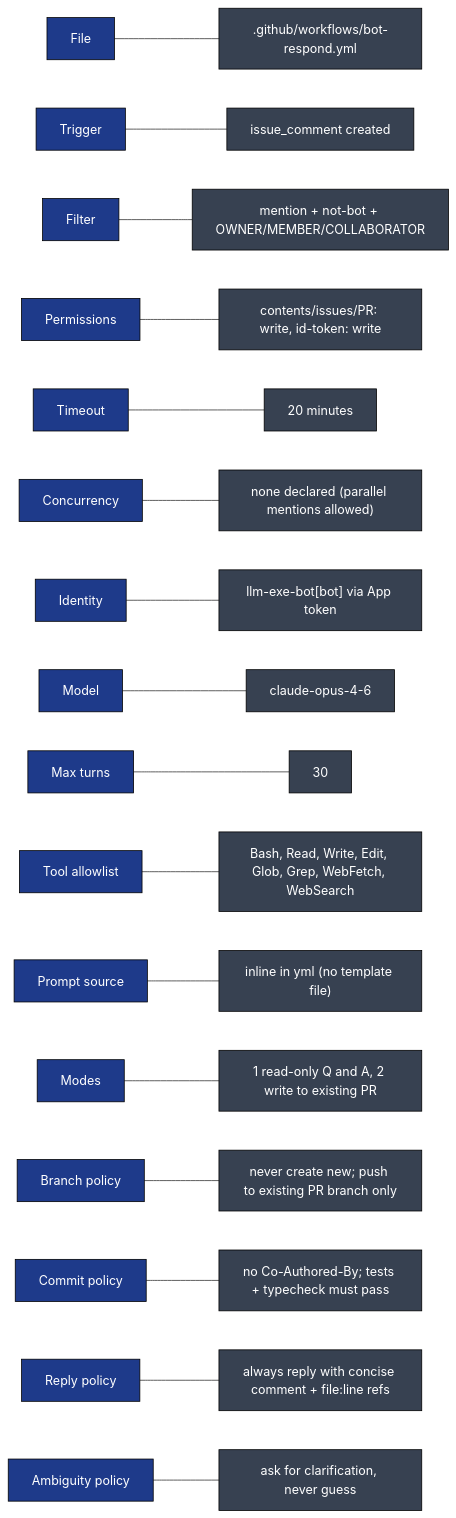
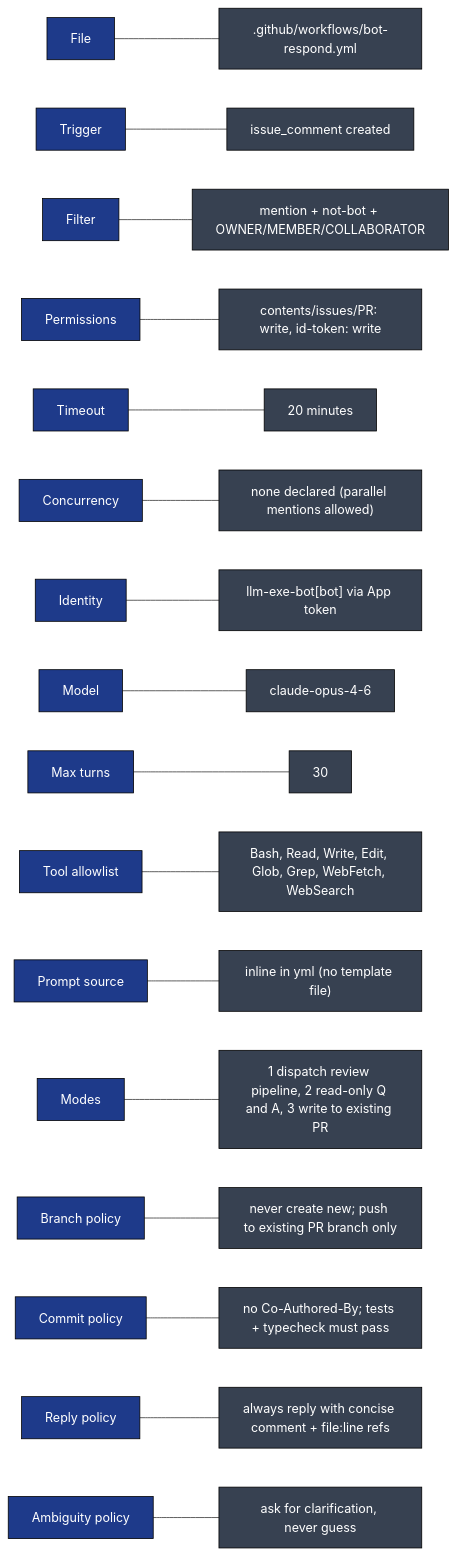
Before and after one commit to gregreindel/llm-exe: diagram 13 of 13 in .github/docs/BOT_RESPOND_DEEP_DIVE.md, drawn with Mermaid. The commit also changed other lines of this file and 4 other files, not shown here.

````diff
--- a/.github/docs/BOT_RESPOND_DEEP_DIVE.md
+++ b/.github/docs/BOT_RESPOND_DEEP_DIVE.md
@@ -551,22 +573,22 @@
 ```mermaid
 flowchart LR
     classDef k fill:#1e3a8a,color:#fff,stroke:#000
     classDef v fill:#374151,color:#fff,stroke:#000
 
     K1["File"]:::k --- V1[".github/workflows/bot-respond.yml"]:::v
     K2["Trigger"]:::k --- V2["issue_comment created"]:::v
     K3["Filter"]:::k --- V3["mention + not-bot + OWNER/MEMBER/COLLABORATOR"]:::v
     K4["Permissions"]:::k --- V4["contents/issues/PR: write, id-token: write"]:::v
     K5["Timeout"]:::k --- V5["20 minutes"]:::v
     K6["Concurrency"]:::k --- V6["none declared (parallel mentions allowed)"]:::v
     K7["Identity"]:::k --- V7["llm-exe-bot[bot] via App token"]:::v
     K8["Model"]:::k --- V8["claude-opus-4-6"]:::v
     K9["Max turns"]:::k --- V9["30"]:::v
     K10["Tool allowlist"]:::k --- V10["Bash, Read, Write, Edit, Glob, Grep, WebFetch, WebSearch"]:::v
     K11["Prompt source"]:::k --- V11["inline in yml (no template file)"]:::v
-    K12["Modes"]:::k --- V12["1 read-only Q and A, 2 write to existing PR"]:::v
+    K12["Modes"]:::k --- V12["1 dispatch review pipeline, 2 read-only Q and A, 3 write to existing PR"]:::v
     K13["Branch policy"]:::k --- V13["never create new; push to existing PR branch only"]:::v
     K14["Commit policy"]:::k --- V14["no Co-Authored-By; tests + typecheck must pass"]:::v
     K15["Reply policy"]:::k --- V15["always reply with concise comment + file:line refs"]:::v
     K16["Ambiguity policy"]:::k --- V16["ask for clarification, never guess"]:::v
 ```
````
